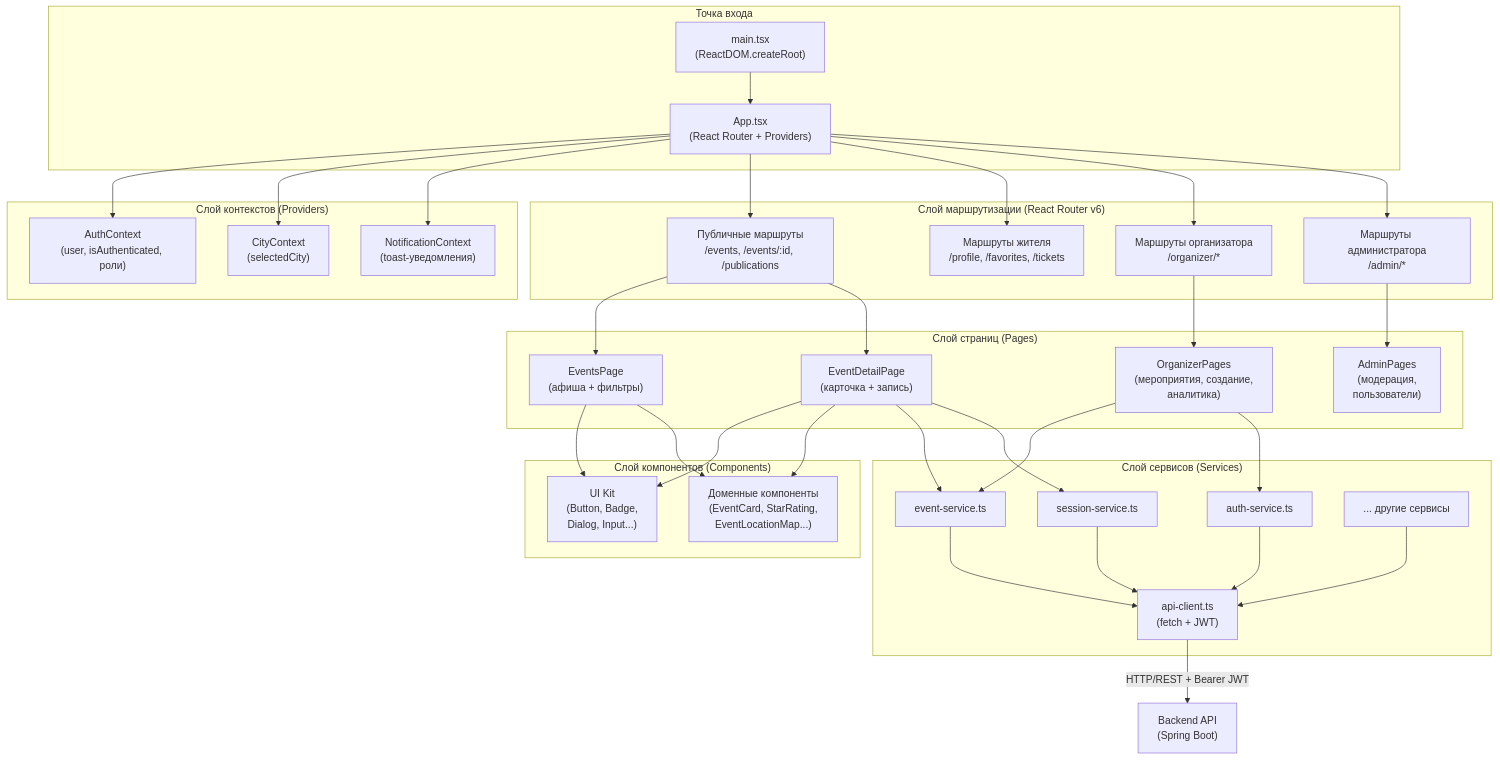
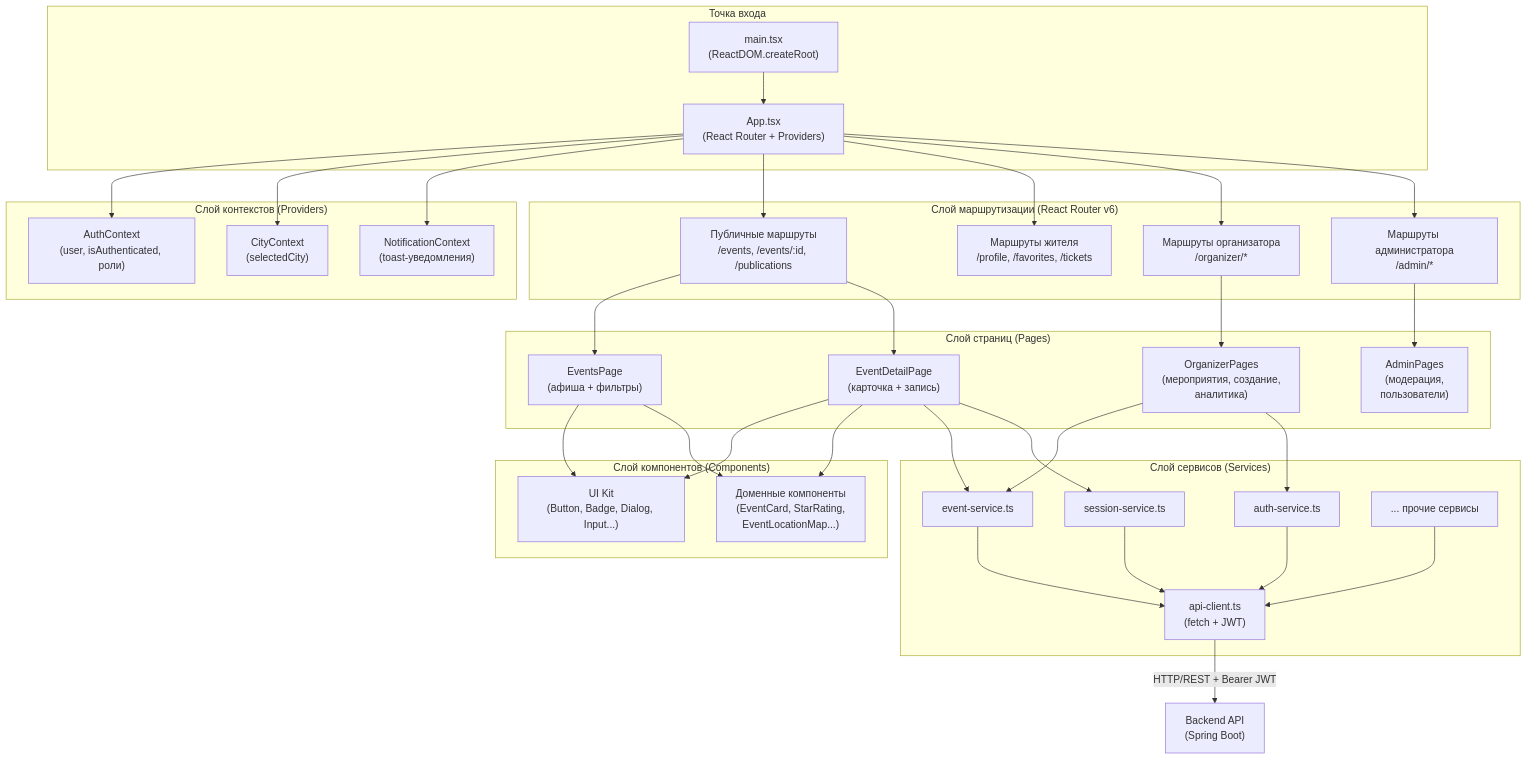
One commit to akarui-shi/festival-app changed the tenth of 13 diagrams in diplom/diplom.md. Above: the diagram before and after it, drawn with Mermaid. The commit also changed other lines of this file, not shown here.

````diff
--- a/diplom/diplom.md
+++ b/diplom/diplom.md
@@ -1655,60 +1660,60 @@
 ```mermaid
 graph TD
   subgraph "Точка входа"
     Main["main.tsx\n(ReactDOM.createRoot)"]
     App["App.tsx\n(React Router + Providers)"]
   end
 
   subgraph "Слой маршрутизации (React Router v6)"
     PublicRoutes["Публичные маршруты\n/events, /events/:id, /publications"]
     ResidentRoutes["Маршруты жителя\n/profile, /favorites, /tickets"]
     OrgRoutes["Маршруты организатора\n/organizer/*"]
     AdminRoutes["Маршруты администратора\n/admin/*"]
   end
 
   subgraph "Слой контекстов (Providers)"
     AuthCtx["AuthContext\n(user, isAuthenticated, роли)"]
     CityCtx["CityContext\n(selectedCity)"]
     NotifCtx["NotificationContext\n(toast-уведомления)"]
   end
 
   subgraph "Слой страниц (Pages)"
     EventsPage["EventsPage\n(афиша + фильтры)"]
     EventDetailPage["EventDetailPage\n(карточка + запись)"]
     OrganizerPages["OrganizerPages\n(мероприятия, создание,\nаналитика)"]
     AdminPages["AdminPages\n(модерация,\nпользователи)"]
   end
 
   subgraph "Слой компонентов (Components)"
-    UIKit["UI Kit\n(Button, Badge,\nDialog, Input...)"]
+    UIKit["UI Kit\n(Button, Badge, Dialog, Input...)"]
     Domain["Доменные компоненты\n(EventCard, StarRating,\nEventLocationMap...)"]
   end
 
   subgraph "Слой сервисов (Services)"
     ApiClient["api-client.ts\n(fetch + JWT)"]
     EventSvc["event-service.ts"]
     AuthSvc["auth-service.ts"]
     SessionSvc["session-service.ts"]
-    OtherSvc["... другие сервисы"]
+    OtherSvc["... прочие сервисы"]
   end
 
   Backend["Backend API\n(Spring Boot)"]
 
   Main --> App
   App --> AuthCtx
   App --> CityCtx
   App --> NotifCtx
   App --> PublicRoutes & ResidentRoutes & OrgRoutes & AdminRoutes
   PublicRoutes --> EventsPage & EventDetailPage
   OrgRoutes --> OrganizerPages
   AdminRoutes --> AdminPages
   EventDetailPage --> UIKit & Domain
   EventsPage --> UIKit & Domain
   EventDetailPage --> EventSvc & SessionSvc
   OrganizerPages --> EventSvc & AuthSvc
   EventSvc --> ApiClient
   AuthSvc --> ApiClient
   SessionSvc --> ApiClient
   OtherSvc --> ApiClient
   ApiClient -- "HTTP/REST + Bearer JWT" --> Backend
 ```
````
